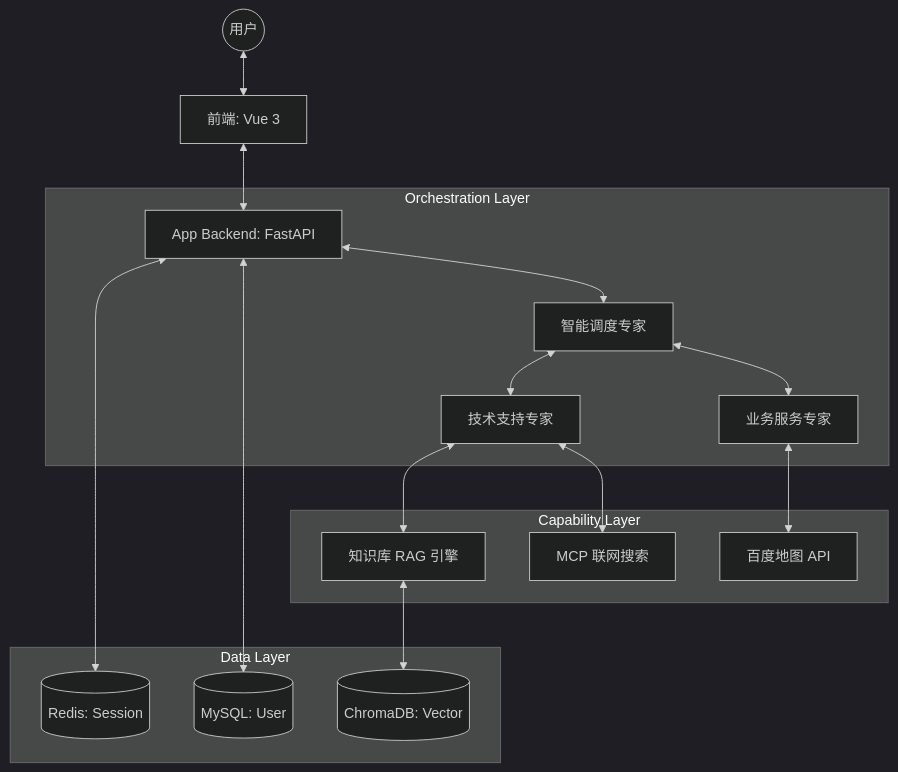
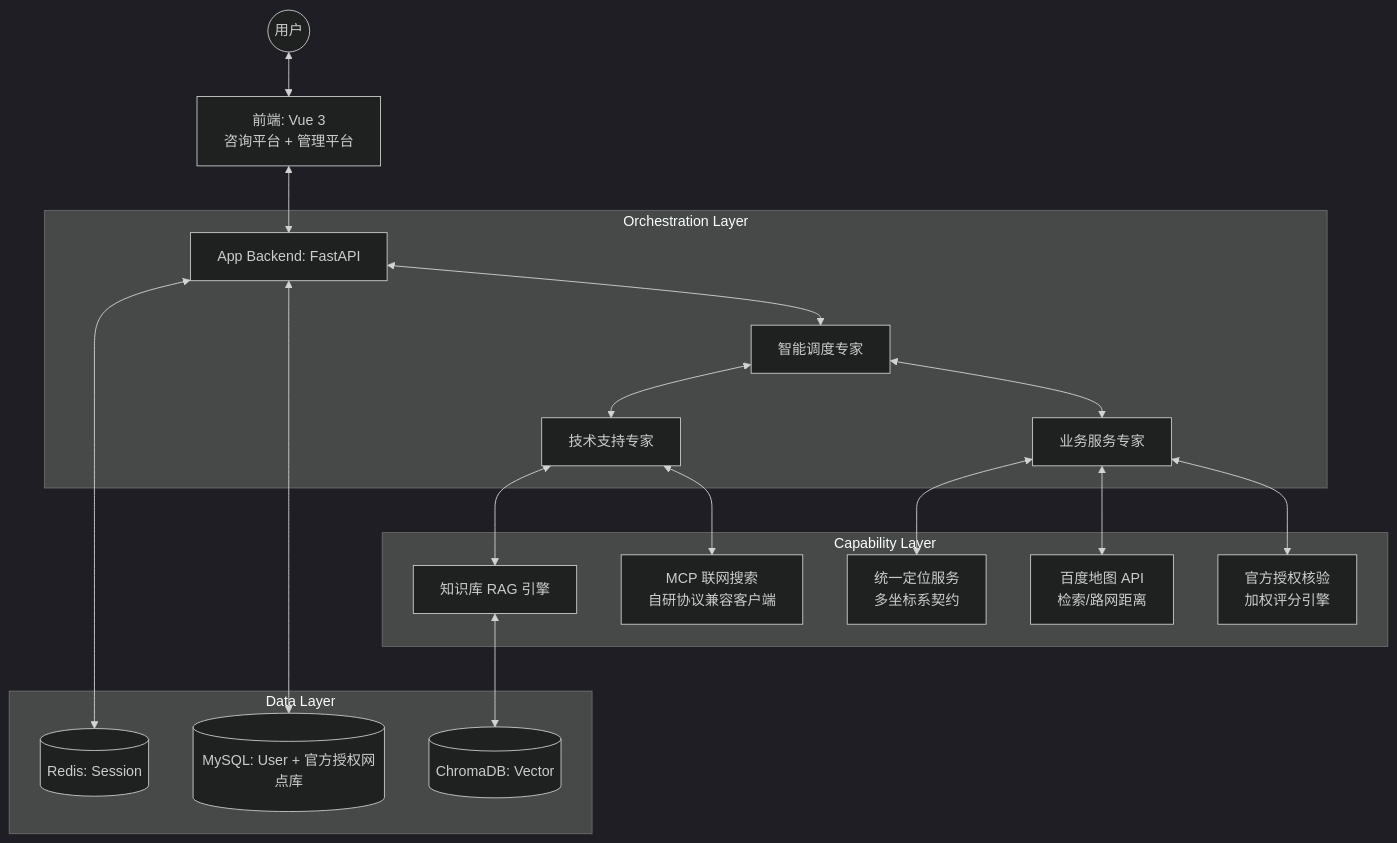
Before and after one commit to Gunaie/ITS-Multi-Agent: the diagram in README.md, drawn with Mermaid (dark theme). The commit also changed other lines of this file and 52 other files, not shown here.

````diff
--- a/README.md
+++ b/README.md
@@ -30,23 +86,25 @@
 ```mermaid
 graph TD
-    User((用户)) <--> Front[前端: Vue 3]
+    User((用户)) <--> Front[前端: Vue 3<br/>咨询平台 + 管理平台]
     Front <--> AppAPI[App Backend: FastAPI]
-    
+
     subgraph "Orchestration Layer"
         AppAPI <--> Orchestrator[智能调度专家]
         Orchestrator <--> TechAgent[技术支持专家]
         Orchestrator <--> ServiceAgent[业务服务专家]
     end
-    
+
     subgraph "Capability Layer"
         TechAgent <--> KB[知识库 RAG 引擎]
-        TechAgent <--> MCP[MCP 联网搜索]
-        ServiceAgent <--> BaiduMap[百度地图 API]
+        TechAgent <--> MCP[MCP 联网搜索<br/>自研协议兼容客户端]
+        ServiceAgent <--> Loc[统一定位服务<br/>多坐标系契约]
+        ServiceAgent <--> BaiduMap[百度地图 API<br/>检索/路网距离]
+        ServiceAgent <--> Verify[官方授权核验<br/>加权评分引擎]
     end
-    
+
     subgraph "Data Layer"
         AppAPI <--> Redis[(Redis: Session)]
-        AppAPI <--> MySQL[(MySQL: User)]
+        AppAPI <--> MySQL[(MySQL: User + 官方授权网点库)]
         KB <--> Chroma[(ChromaDB: Vector)]
     end
 ```
````
